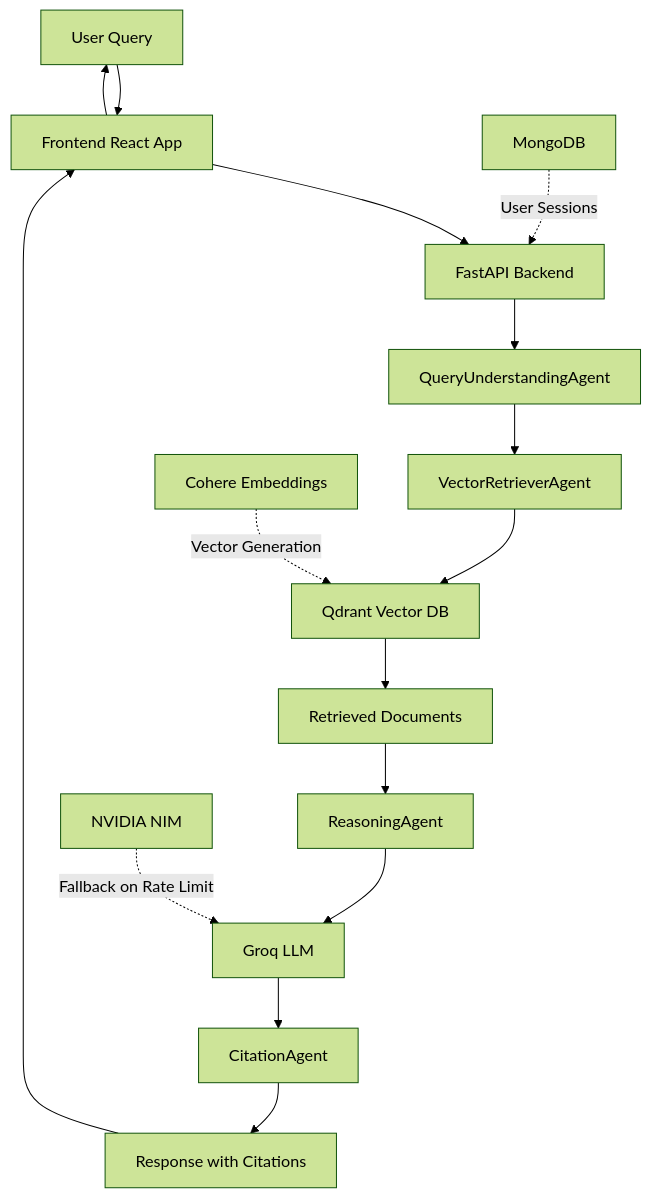
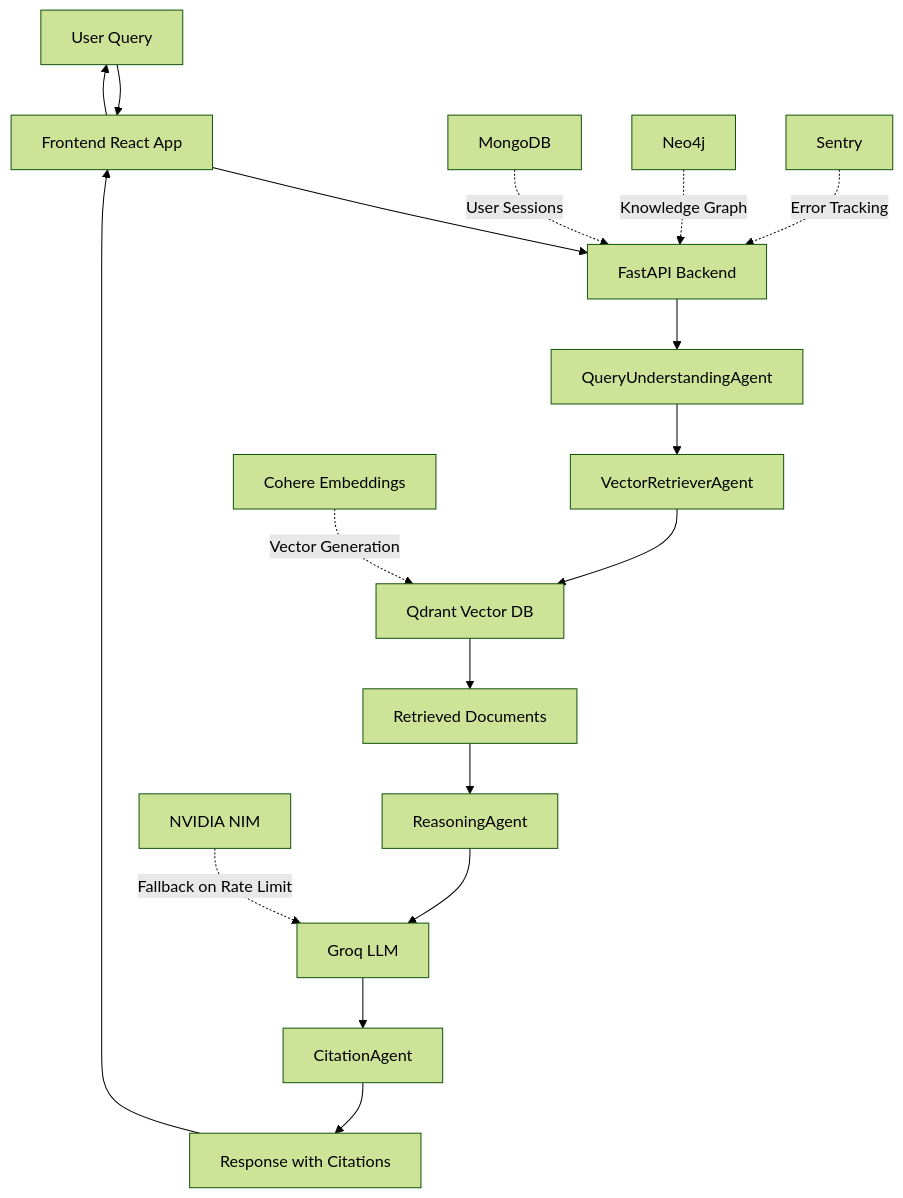
The first of 2 diagrams in README.md (NalgondaLokesh/AyurPedia), drawn with Mermaid (forest theme) before and after one commit. The commit also changed other lines of this file and 9 other files, not shown here.

````diff
--- a/README.md
+++ b/README.md
@@ -51,19 +56,21 @@
 ```mermaid
 graph TD
     A[User Query] --> B[Frontend React App]
     B --> C[FastAPI Backend]
     C --> D[QueryUnderstandingAgent]
     D --> E[VectorRetrieverAgent]
     E --> F[Qdrant Vector DB]
     F --> G[Retrieved Documents]
     G --> H[ReasoningAgent]
     H --> I[Groq LLM]
     I --> J[CitationAgent]
     J --> K[Response with Citations]
     K --> B
     B --> A
     
     M[NVIDIA NIM] -.->|Fallback on Rate Limit| I
     N[MongoDB] -.->|User Sessions| C
     O[Cohere Embeddings] -.->|Vector Generation| F
+    P[Neo4j] -.->|Knowledge Graph| C
+    Q[Sentry] -.->|Error Tracking| C
 ```
````
